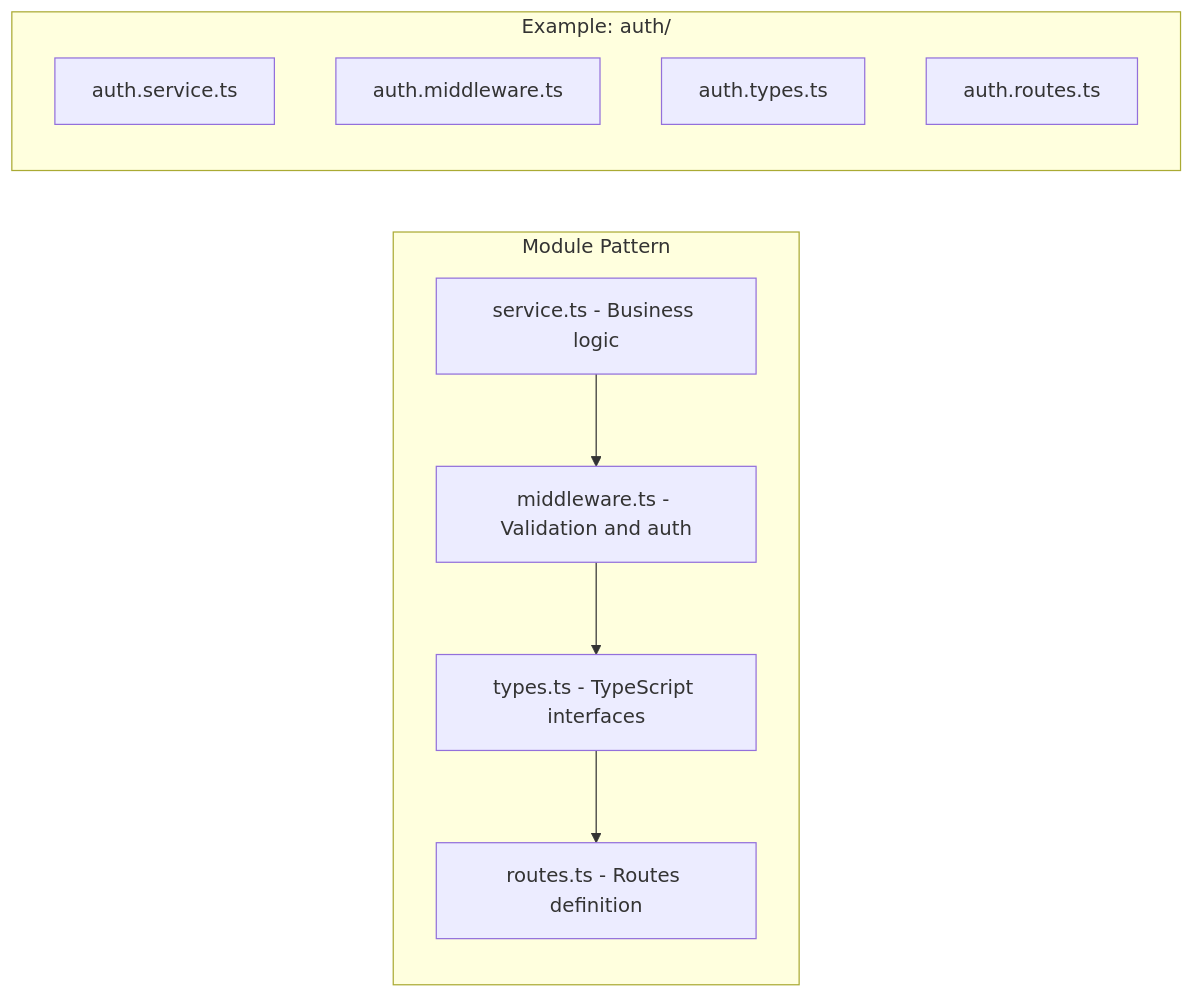
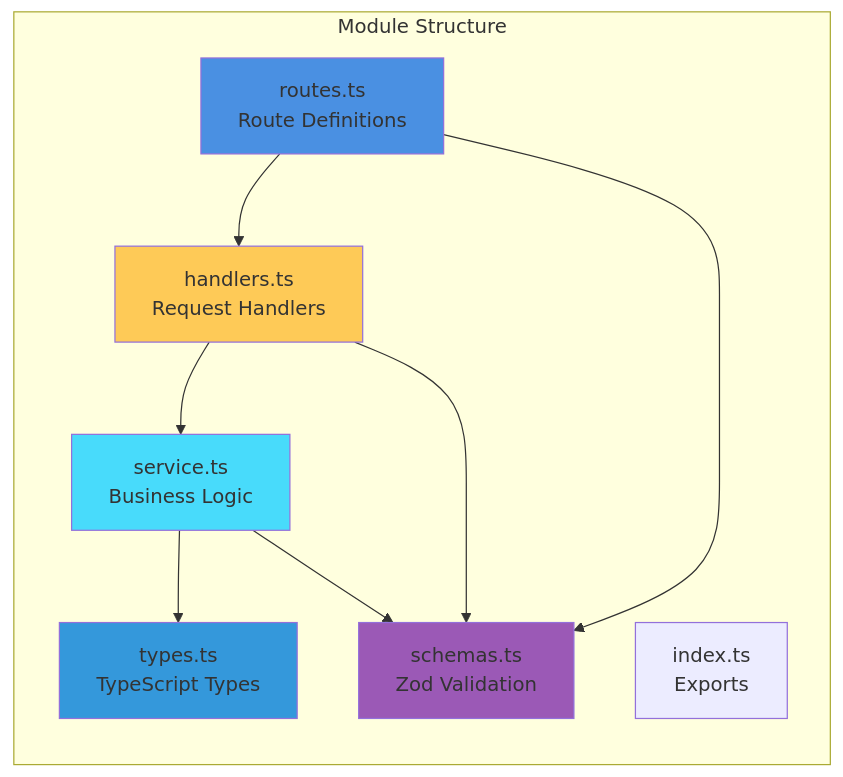
The second of 3 diagrams in docs/architecture/04-project-structure.md (smyha/PTI-GymPalDoc), drawn with Mermaid before and after one commit. The commit also changed other lines of this file and 3 other files, not shown here.

First line of the commit message:
docs: update architecture documentation to reflect new backend structure

````diff
--- a/docs/architecture/04-project-structure.md
+++ b/docs/architecture/04-project-structure.md
@@ -381,20 +217,24 @@
 ```mermaid
 graph LR
-  subgraph "Module Pattern"
-    SERVICE[service.ts - Business logic]
-    MIDDLEWARE[middleware.ts - Validation and auth]
-    TYPES[types.ts - TypeScript interfaces]
-    ROUTES[routes.ts - Routes definition]
-  end
-  
-  subgraph "Example: auth/"
-    AUTH_SERVICE[auth.service.ts]
-    AUTH_MIDDLEWARE[auth.middleware.ts]
-    AUTH_TYPES[auth.types.ts]
-    AUTH_ROUTES[auth.routes.ts]
-  end
-  
-  SERVICE --> MIDDLEWARE
-  MIDDLEWARE --> TYPES
-  TYPES --> ROUTES
+    subgraph "Module Structure"
+        ROUTES[routes.ts<br/>Route Definitions]
+        HANDLERS[handlers.ts<br/>Request Handlers]
+        SERVICE[service.ts<br/>Business Logic]
+        SCHEMAS[schemas.ts<br/>Zod Validation]
+        TYPES[types.ts<br/>TypeScript Types]
+        INDEX[index.ts<br/>Exports]
+    end
+    
+    ROUTES --> HANDLERS
+    HANDLERS --> SERVICE
+    SERVICE --> TYPES
+    ROUTES --> SCHEMAS
+    HANDLERS --> SCHEMAS
+    SERVICE --> SCHEMAS
+    
+    style ROUTES fill:#4a90e2
+    style HANDLERS fill:#feca57
+    style SERVICE fill:#48dbfb
+    style SCHEMAS fill:#9b59b6
+    style TYPES fill:#3498db
 ```
````
